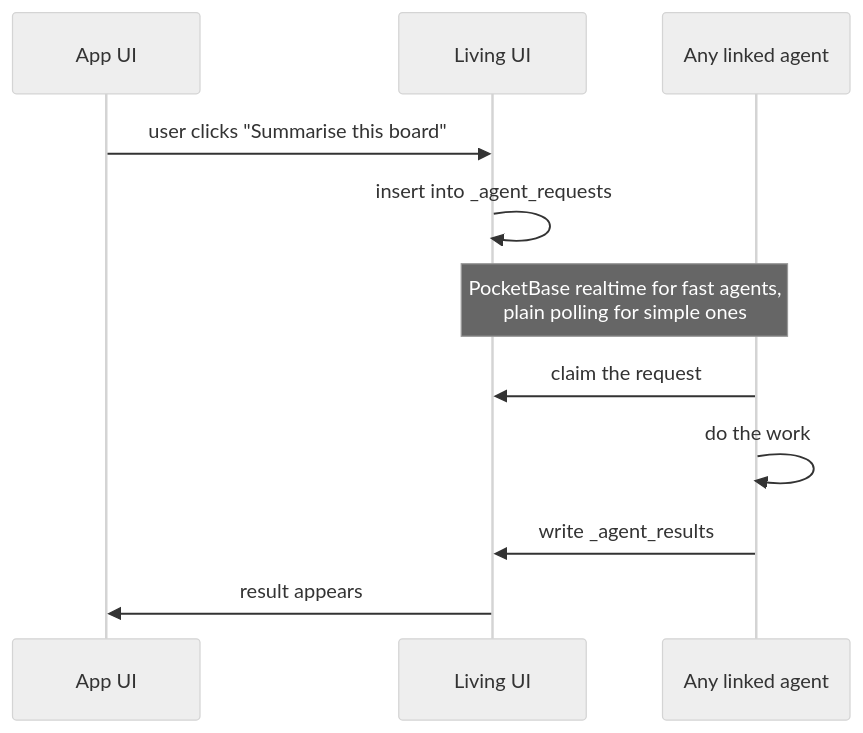
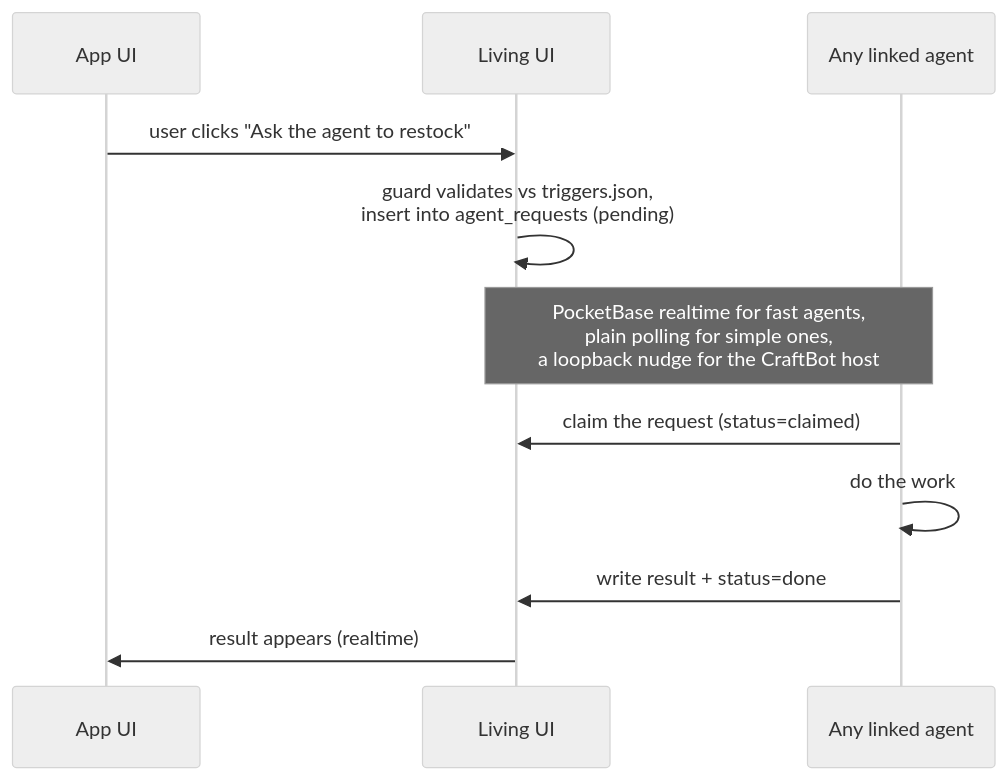
The seventh of 10 diagrams in living-ui-v2/spec/OVERVIEW.md (CraftOS-dev/CraftBot), drawn with Mermaid (neutral theme) before and after one commit. The commit also changed other lines of this file and 26 other files, not shown here.

````diff
--- a/living-ui-v2/spec/OVERVIEW.md
+++ b/living-ui-v2/spec/OVERVIEW.md
@@ -505,14 +508,14 @@
 ```mermaid
 sequenceDiagram
     participant UI as App UI
     participant App as Living UI
     participant Ag as Any linked agent
 
-    UI->>App: user clicks "Summarise this board"
-    App->>App: insert into _agent_requests
-    Note over App,Ag: PocketBase realtime for fast agents,<br/>plain polling for simple ones
-    Ag->>App: claim the request
+    UI->>App: user clicks "Ask the agent to restock"
+    App->>App: guard validates vs triggers.json,<br/>insert into agent_requests (pending)
+    Note over App,Ag: PocketBase realtime for fast agents,<br/>plain polling for simple ones,<br/>a loopback nudge for the CraftBot host
+    Ag->>App: claim the request (status=claimed)
     Ag->>Ag: do the work
-    Ag->>App: write _agent_results
-    App->>UI: result appears
+    Ag->>App: write result + status=done
+    App->>UI: result appears (realtime)
 ```
````
